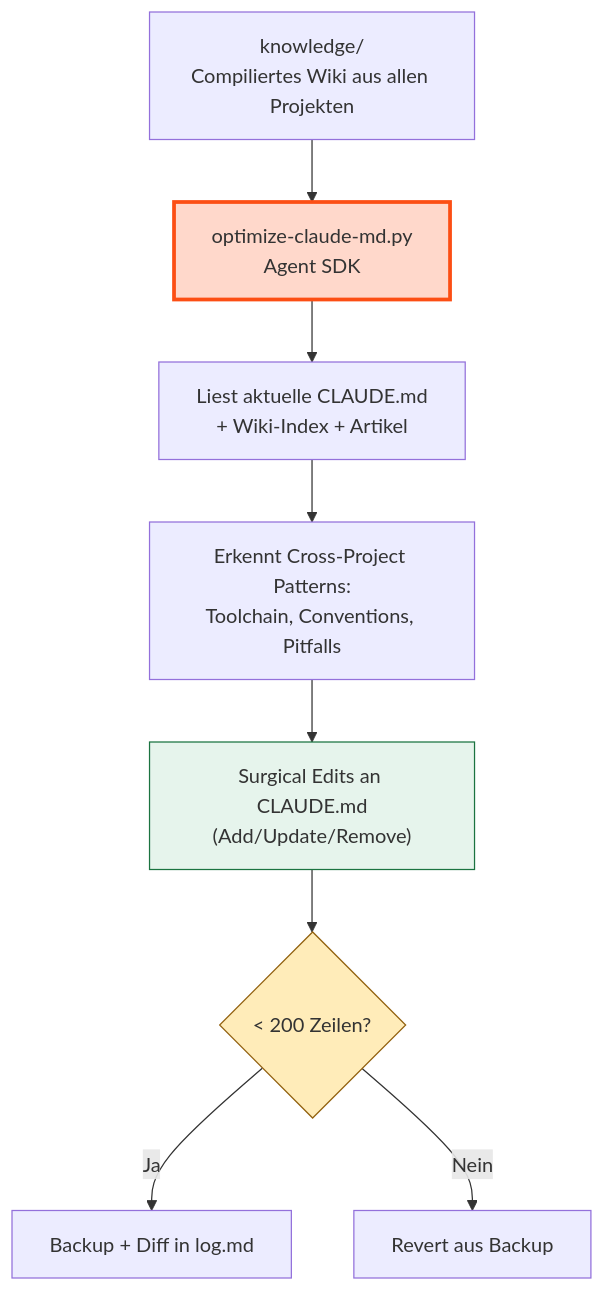
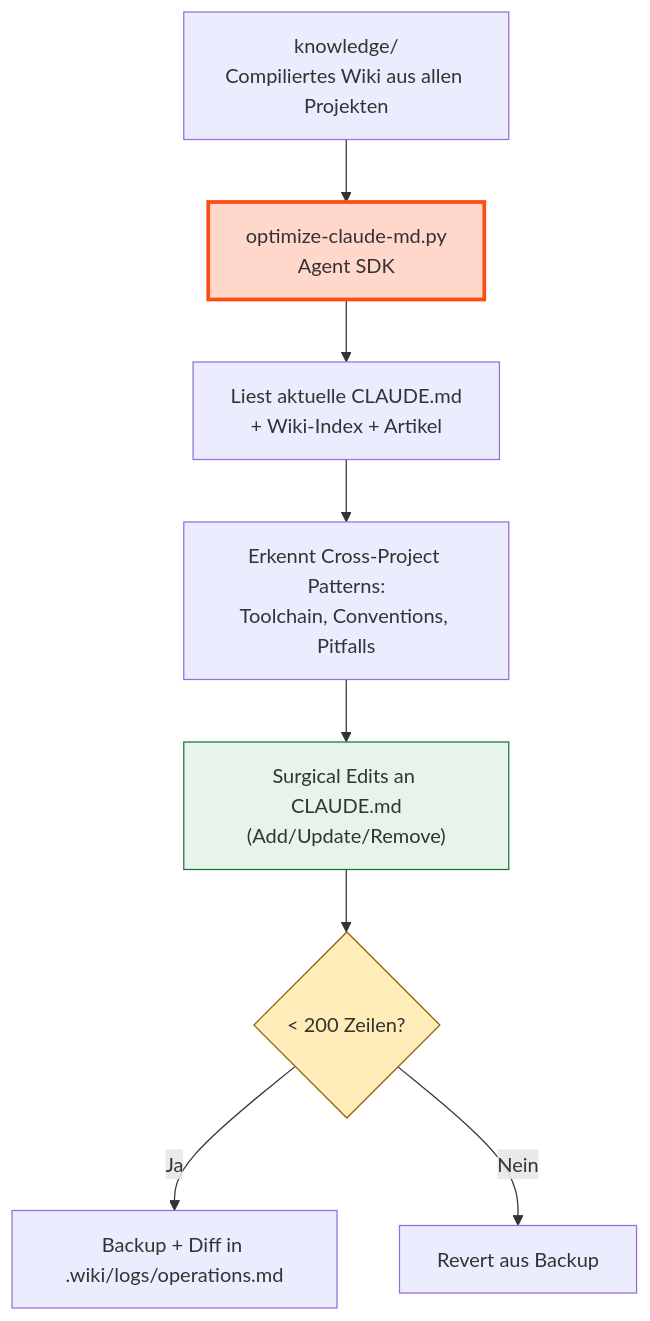
One commit to lx-0/llm-wiki changed the seventh of 13 diagrams in docs/PROCESS.md. Above: the diagram before and after it, drawn with Mermaid. The commit also changed other lines of this file and 29 other files, not shown here.

````diff
--- a/docs/PROCESS.md
+++ b/docs/PROCESS.md
@@ -720,15 +720,15 @@
 ```mermaid
 flowchart TD
     WIKI["knowledge/\nCompiliertes Wiki aus allen Projekten"]
     WIKI --> OPTIMIZER["optimize-claude-md.py\nAgent SDK"]
     OPTIMIZER --> READ["Liest aktuelle CLAUDE.md\n+ Wiki-Index + Artikel"]
     READ --> ANALYZE["Erkennt Cross-Project Patterns:\nToolchain, Conventions, Pitfalls"]
     ANALYZE --> EDIT["Surgical Edits an CLAUDE.md\n(Add/Update/Remove)"]
     EDIT --> CHECK{"< 200 Zeilen?"}
-    CHECK -->|Ja| DONE["Backup + Diff in log.md"]
+    CHECK -->|Ja| DONE["Backup + Diff in .wiki/logs/operations.md"]
     CHECK -->|Nein| REVERT["Revert aus Backup"]
 
     style OPTIMIZER fill:#FFD8CB,stroke:#FC4E14,stroke-width:3px
     style EDIT fill:#E6F4EC,stroke:#1B7340
     style CHECK fill:#FFECB9,stroke:#92610F
 ```
````
